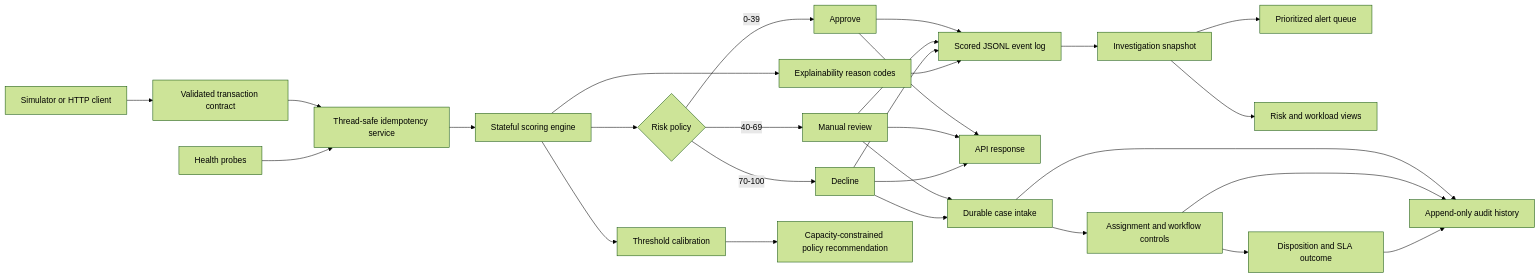
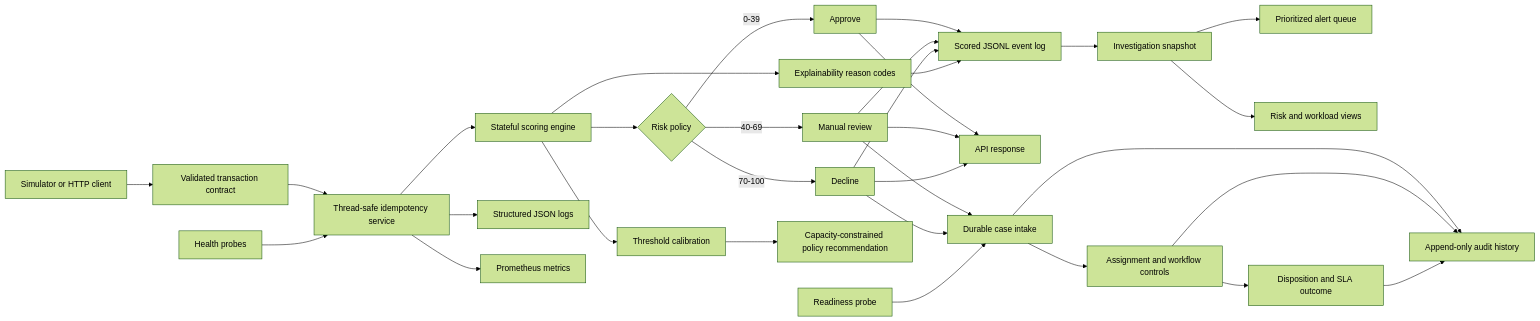
The diagram in docs/architecture.md (Siri20052003/FraudStream-360), drawn with Mermaid (forest theme) before and after one commit. The commit also changed other lines of this file and 9 other files, not shown here.

````diff
--- a/docs/architecture.md
+++ b/docs/architecture.md
@@ -3,23 +3,26 @@
 ```mermaid
 flowchart LR
     A[Simulator or HTTP client] --> B[Validated transaction contract]
     B --> L[Thread-safe idempotency service]
     L --> C[Stateful scoring engine]
     C --> D{Risk policy}
     D -->|0-39| E[Approve]
     D -->|40-69| F[Manual review]
     D -->|70-100| G[Decline]
     C --> H[Explainability reason codes]
     E & F & G & H --> I[Scored JSONL event log]
     C --> J[Threshold calibration]
     J --> K[Capacity-constrained policy recommendation]
     E & F & G --> M[API response]
     N[Health probes] --> L
     I --> O[Investigation snapshot]
     O --> P[Prioritized alert queue]
     O --> Q[Risk and workload views]
     F & G --> R[Durable case intake]
     R --> S[Assignment and workflow controls]
     S --> T[Disposition and SLA outcome]
     R & S & T --> U[Append-only audit history]
+    L --> V[Structured JSON logs]
+    L --> W[Prometheus metrics]
+    X[Readiness probe] --> R
 ```
````
